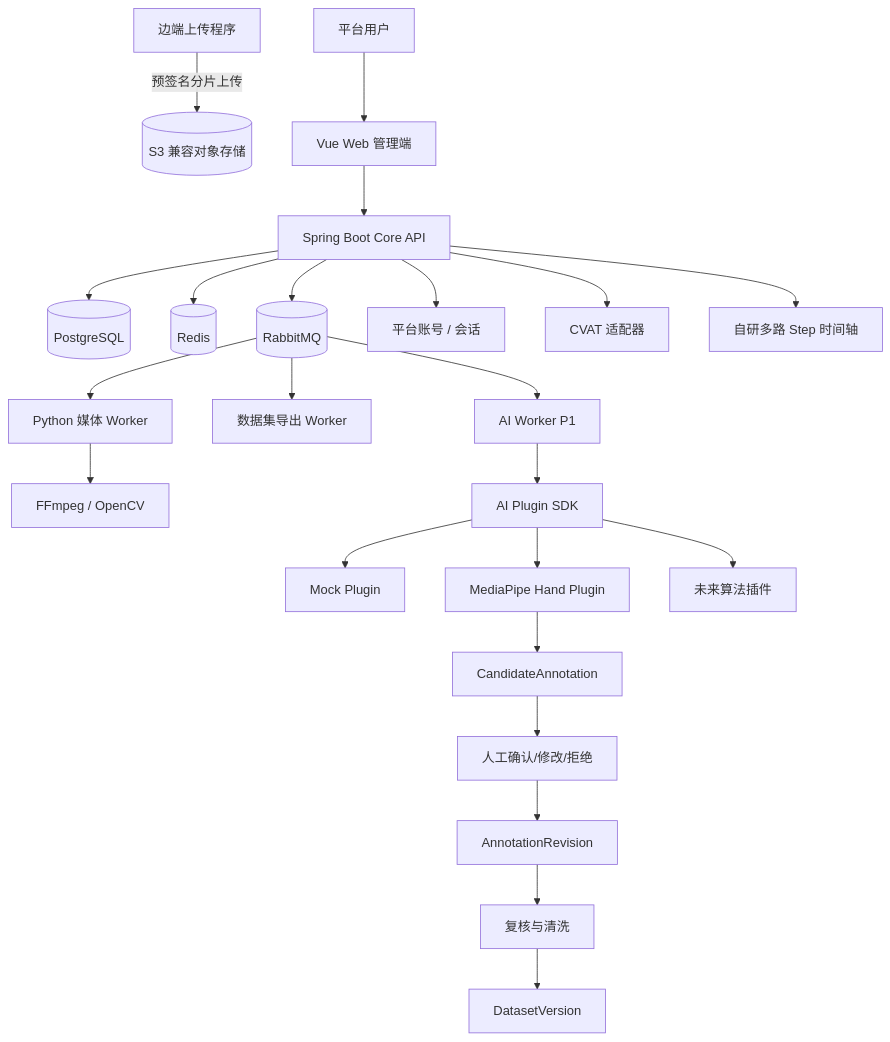
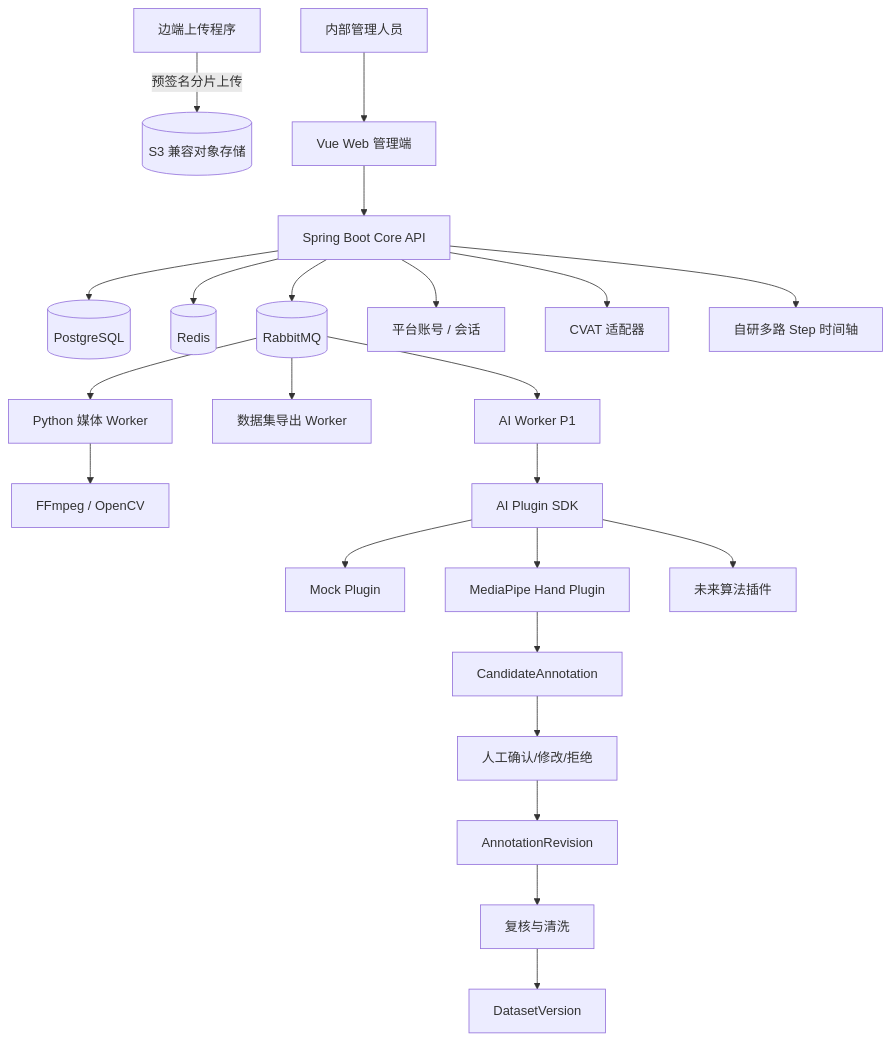
The diagram in docs/architecture/配药平台技术设计.md (Soberis/medication-video-platform), drawn with Mermaid before and after one commit. The commit also changed other lines of this file and 8 other files, not shown here.

````diff
--- a/docs/architecture/配药平台技术设计.md
+++ b/docs/architecture/配药平台技术设计.md
@@ -241,29 +243,29 @@
 ```mermaid
 flowchart TB
     EDGE[边端上传程序] -->|预签名分片上传| S3[(S3 兼容对象存储)]
-    USER[平台用户] --> WEB[Vue Web 管理端]
+    USER[内部管理人员] --> WEB[Vue Web 管理端]
     WEB --> API[Spring Boot Core API]
 
     API --> PG[(PostgreSQL)]
     API --> REDIS[(Redis)]
     API --> MQ[(RabbitMQ)]
     API --> ACCOUNT[平台账号 / 会话]
     API --> CVAT[CVAT 适配器]
 
     MQ --> MW[Python 媒体 Worker]
     MQ --> EW[数据集导出 Worker]
     MQ --> AW[AI Worker P1]
 
     MW --> FFMPEG[FFmpeg / OpenCV]
     AW --> SDK[AI Plugin SDK]
     SDK --> MOCK[Mock Plugin]
     SDK --> MP[MediaPipe Hand Plugin]
     SDK --> FUTURE[未来算法插件]
 
     API --> TIMELINE[自研多路 Step 时间轴]
     MP --> CAND[CandidateAnnotation]
     CAND --> HUMAN[人工确认/修改/拒绝]
     HUMAN --> REV[AnnotationRevision]
     REV --> REVIEW[复核与清洗]
     REVIEW --> DATASET[DatasetVersion]
 ```
````
